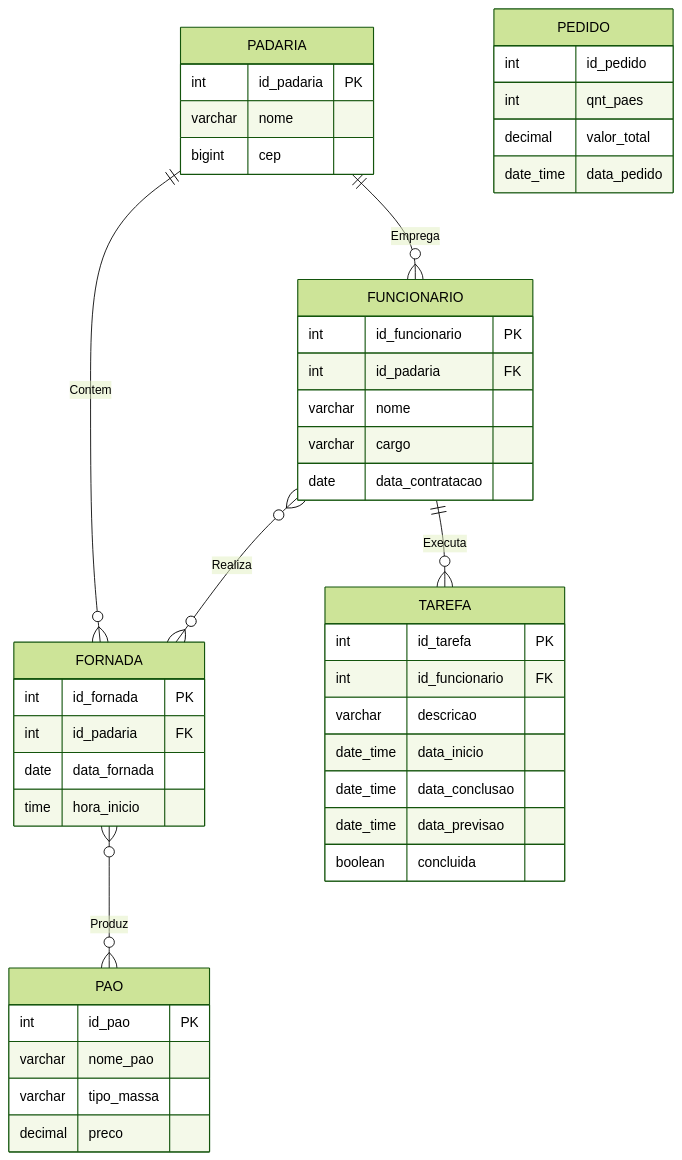
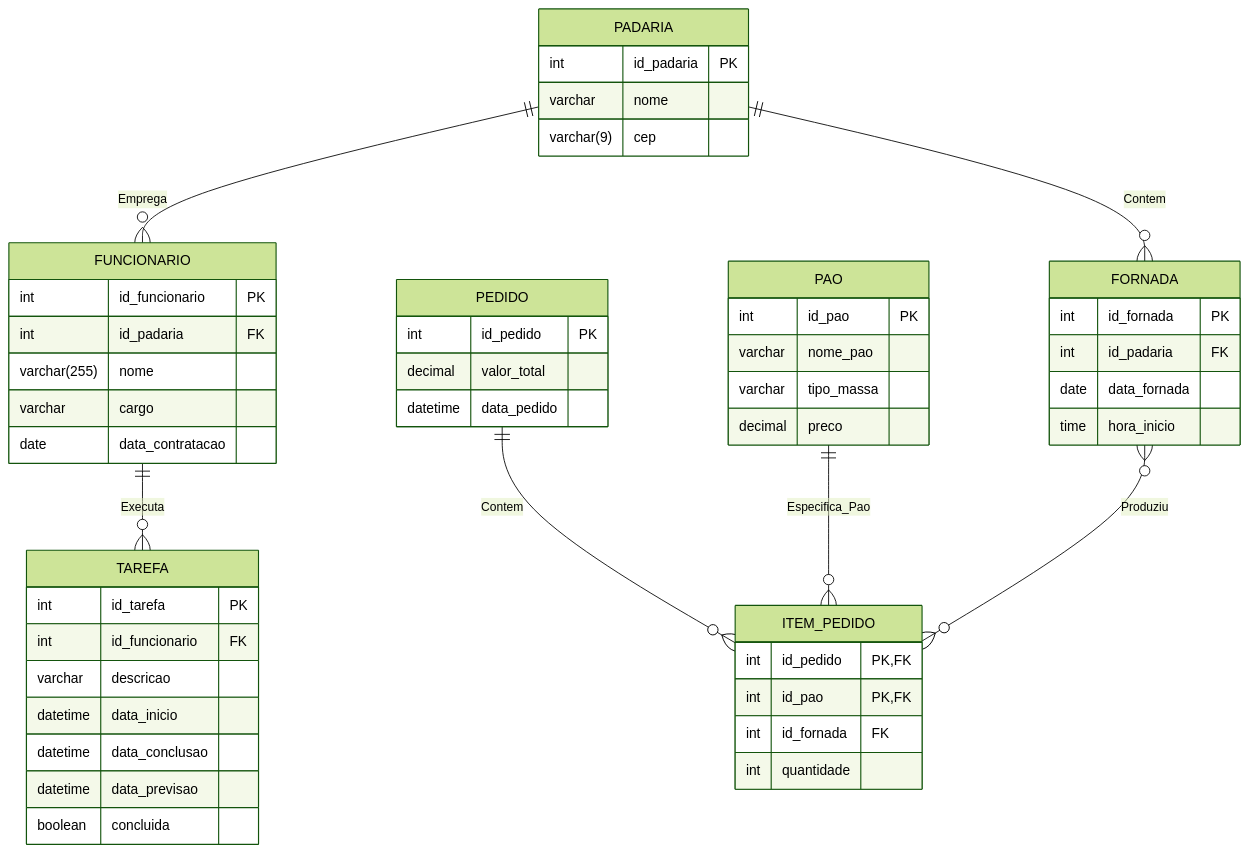
Before and after one commit to IsabellyBernardes/DesenvolvimentoSoftwareCorp: the diagram in README.md, drawn with Mermaid (forest theme). The commit also changed other lines of this file, not shown here.

````diff
--- a/README.md
+++ b/README.md
@@ -4,69 +1,69 @@
 ```mermaid
 erDiagram
     %% Definição das Entidades (Tabelas) com Atributos
     
     PADARIA {
         int id_padaria PK
         varchar nome
-        bigint cep
+        varchar(9) cep
     }
     
     FUNCIONARIO {
         int id_funcionario PK
         int id_padaria FK
-        varchar nome
+        varchar(255) nome
         varchar cargo
         date data_contratacao
     }
     
     FORNADA {
         int id_fornada PK
         int id_padaria FK
         date data_fornada
         time hora_inicio
     }
     
     PAO {
         int id_pao PK
         varchar nome_pao
         varchar tipo_massa
         decimal preco
     }
     
     TAREFA {
         int id_tarefa PK
         int id_funcionario FK
         varchar descricao
-        date_time data_inicio
-        date_time data_conclusao
-        date_time data_previsao
+        datetime data_inicio
+        datetime data_conclusao
+        datetime data_previsao
         boolean concluida
     }
 
     PEDIDO {
-        int id_pedido
-        int qnt_paes
+        int id_pedido PK
         decimal valor_total
-        date_time data_pedido
-        
+        datetime data_pedido
     }
-    
+
+    ITEM_PEDIDO {
+        int id_pedido PK, FK
+        int id_pao PK, FK
+        int id_fornada FK 
+        int quantidade
+    }
 
     %% Definição dos Relacionamentos
     
     PADARIA ||--o{ FUNCIONARIO : Emprega
     PADARIA ||--o{ FORNADA : Contem
 
     FUNCIONARIO ||--o{ TAREFA : Executa
-
-    %% N:N (FORNADA x PÃO) - Uma tabela associativa seria a implementação real
-    FORNADA }o--o{ PAO : Produz
-
-    %% N:N (FUNCIONARIO x FORNADA) - Uma tabela associativa seria a implementação real
-    FUNCIONARIO }o--o{ FORNADA : Realiza
     
-    %% Onde:
-    %% PK = Primary Key (Chave Primária)
-    %% FK = Foreign Key (Chave Estrangeira)
-    %% O uso de FK nos atributos conecta logicamente as tabelas.
+    %% Relacionamentos resolvidos pela tabela ITEM_PEDIDO
+    PEDIDO ||--o{ ITEM_PEDIDO : Contem
+    PAO ||--o{ ITEM_PEDIDO : Especifica_Pao
+    
+    %% Associação de ITEM_PEDIDO com FORNADA (Para rastrear a origem do produto)
+    FORNADA }o--o{ ITEM_PEDIDO : Produziu
 ```
````
